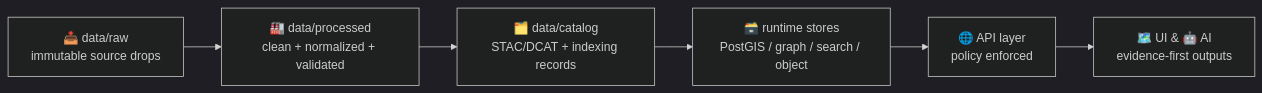
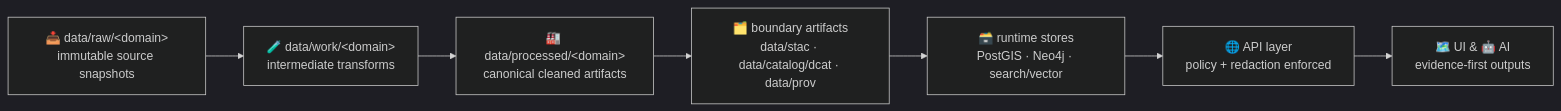
The diagram in data/processed/README.md (bartytime4life/Kansas-Frontier-Matrix), drawn with Mermaid (dark theme) before and after one commit. The commit also changed other lines of this file, not shown here.

First line of the commit message:
Revise README for processed data layer updates

````diff
--- a/data/processed/README.md
+++ b/data/processed/README.md
@@ -24,8 +36,9 @@
 ```mermaid
 flowchart LR
-  A[📥 data/raw<br/>immutable source drops] --> B[🏭 data/processed<br/>clean + normalized + validated]
-  B --> C[🗂️ data/catalog<br/>STAC/DCAT + indexing records]
-  C --> D[🗃️ runtime stores<br/>PostGIS / graph / search / object]
-  D --> E[🌐 API layer<br/>policy enforced]
+  A[📥 data/raw/&lt;domain&gt;<br/>immutable source snapshots] --> W[🧪 data/work/&lt;domain&gt;<br/>intermediate transforms]
+  W --> B[🏭 data/processed/&lt;domain&gt;<br/>canonical cleaned artifacts]
+  B --> C[🗂️ boundary artifacts<br/>data/stac · data/catalog/dcat · data/prov]
+  C --> D[🗃️ runtime stores<br/>PostGIS · Neo4j · search/vector]
+  D --> E[🌐 API layer<br/>policy + redaction enforced]
   E --> F[🗺️ UI & 🤖 AI<br/>evidence-first outputs]
 ```
````
